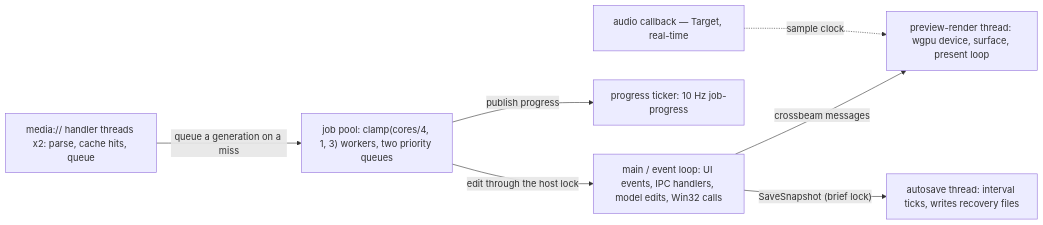
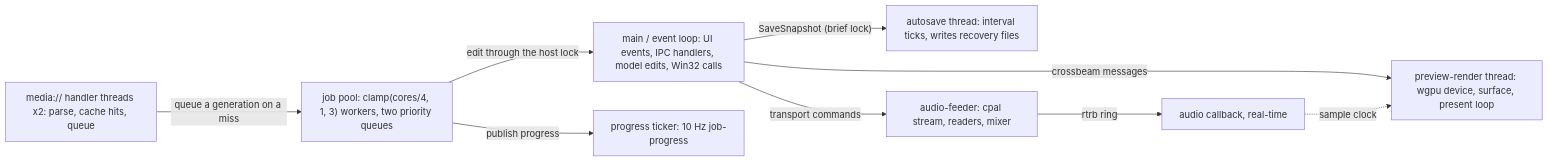
One commit to emicon123/cutframe changed the second of 4 diagrams in docs/architecture/01-system-context.md. Above: the diagram before and after it, drawn with Mermaid. The commit also changed other lines of this file and 7 other files, not shown here.

First line of the commit message:
docs: record 0330 as built, architecture pages and catalog status

````diff
--- a/docs/architecture/01-system-context.md
+++ b/docs/architecture/01-system-context.md
@@ -43,16 +43,19 @@
 ```mermaid
 flowchart LR
   main["main / event loop: UI events, IPC handlers, model edits, Win32 calls"]
   render["preview-render thread: wgpu device, surface, present loop"]
   handlers["media:// handler threads x2: parse, cache hits, queue"]
   workers["job pool: clamp(cores/4, 1, 3) workers, two priority queues"]
   auto["autosave thread: interval ticks, writes recovery files"]
   ticker["progress ticker: 10 Hz job-progress"]
-  audio["audio callback — Target, real-time"]
+  feeder["audio-feeder: cpal stream, readers, mixer"]
+  audio["audio callback, real-time"]
   main -- "crossbeam messages" --> render
   handlers -- "queue a generation on a miss" --> workers
   workers -- "edit through the host lock" --> main
   main -- "SaveSnapshot (brief lock)" --> auto
   workers -- "publish progress" --> ticker
+  main -- "transport commands" --> feeder
+  feeder -- "rtrb ring" --> audio
   audio -. "sample clock" .-> render
 ```
````
